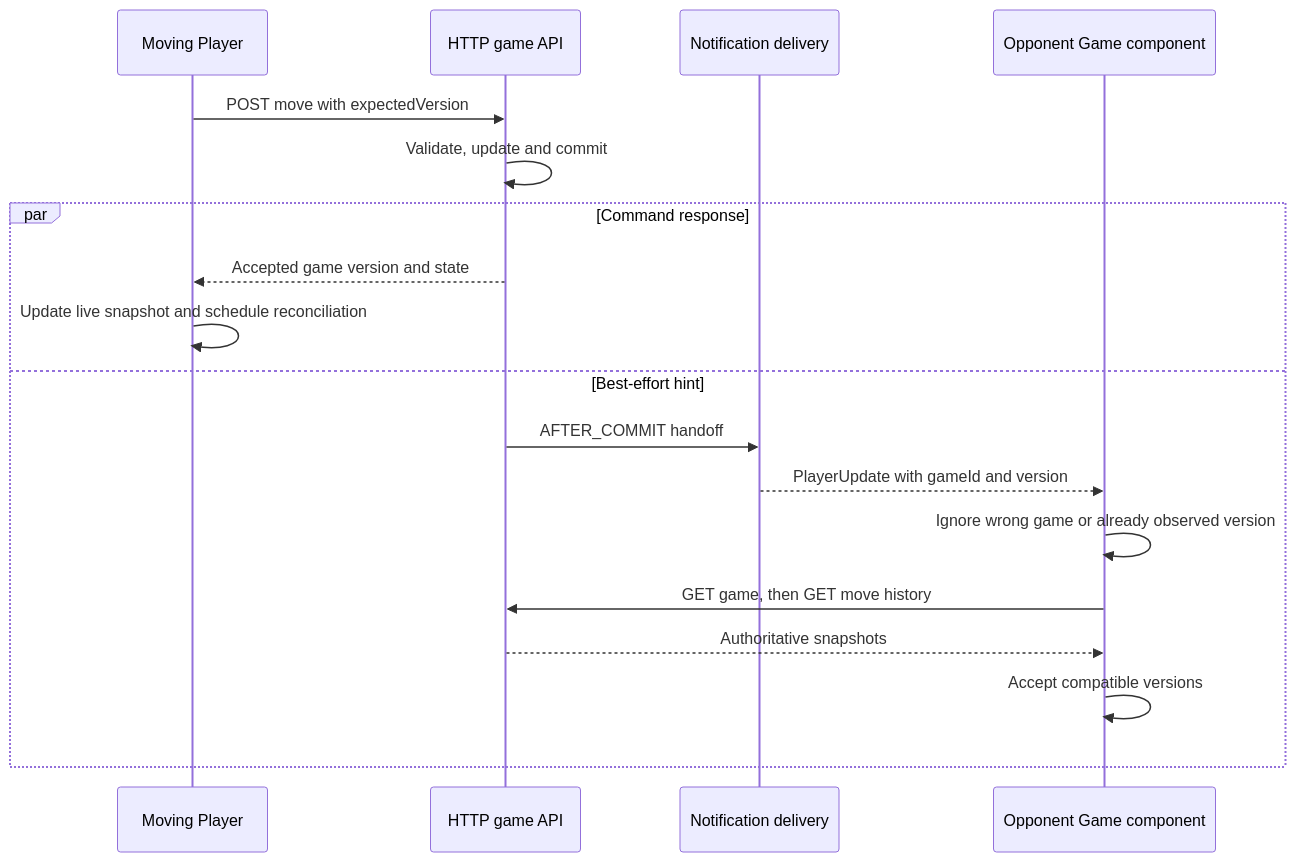
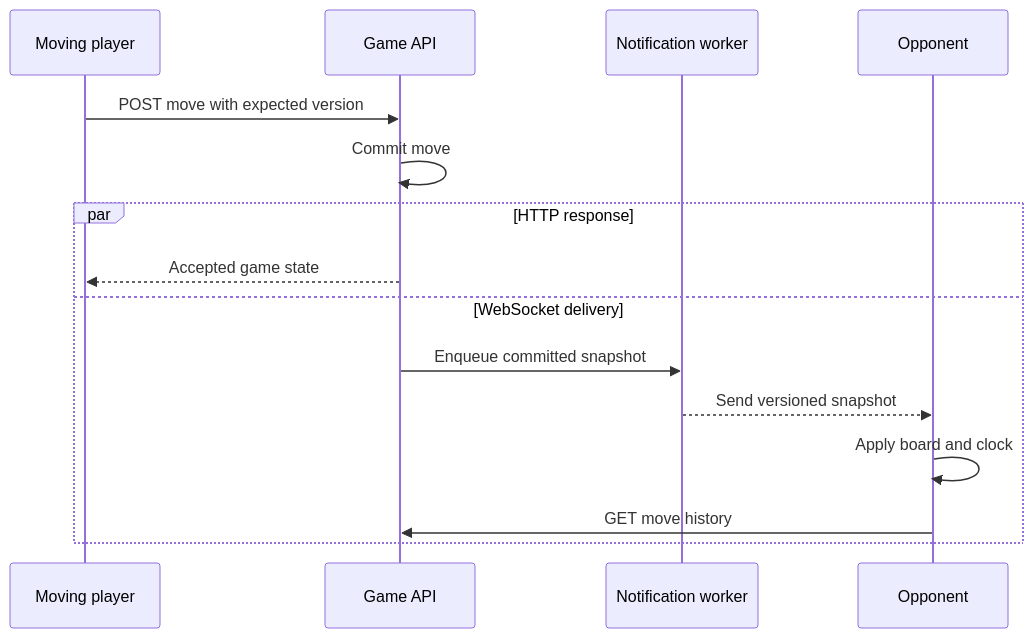
Before and after one commit to parisana/chess-web-app: the first of 3 diagrams in docs/performance-investigations/001-websocket-notification-pool-starvation/03-board-synchronization.md, drawn with Mermaid. The commit also changed other lines of this file and 5 other files, not shown here.

````diff
--- a/docs/performance-investigations/001-websocket-notification-pool-starvation/03-board-synchronization.md
+++ b/docs/performance-investigations/001-websocket-notification-pool-starvation/03-board-synchronization.md
@@ -37,20 +13,17 @@
 ```mermaid
 sequenceDiagram
-    participant A as Moving Player
-    participant H as HTTP game API
-    participant N as Notification delivery
-    participant B as Opponent Game component
-    A->>H: POST move with expectedVersion
-    H->>H: Validate, update and commit
-    par Command response
-        H-->>A: Accepted game version and state
-        A->>A: Update live snapshot and schedule reconciliation
-    and Best-effort hint
-        H->>N: AFTER_COMMIT handoff
-        N-->>B: PlayerUpdate with gameId and version
-        B->>B: Ignore wrong game or already observed version
-        B->>H: GET game, then GET move history
-        H-->>B: Authoritative snapshots
-        B->>B: Accept compatible versions
+    participant M as Moving player
+    participant A as Game API
+    participant W as Notification worker
+    participant O as Opponent
+    M->>A: POST move with expected version
+    A->>A: Commit move
+    par HTTP response
+        A-->>M: Accepted game state
+    and WebSocket delivery
+        A->>W: Enqueue committed snapshot
+        W-->>O: Send versioned snapshot
+        O->>O: Apply board and clock
+        O->>A: GET move history
     end
 ```
````
